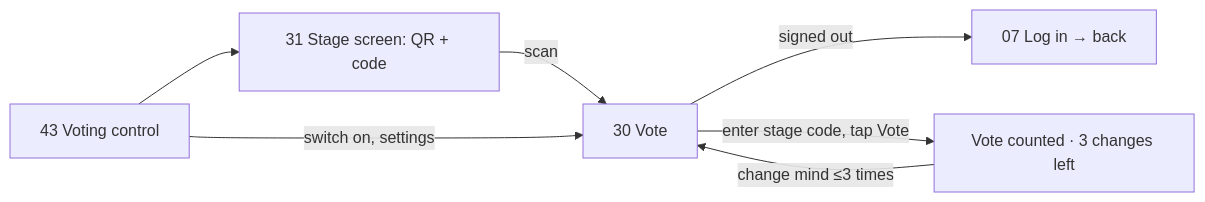
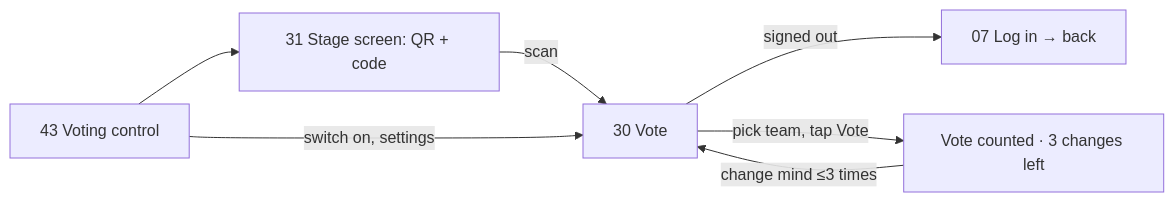
Before and after one commit to vinayakbhat19/signals: the fourth of 8 diagrams in APP_FLOW.md, drawn with Mermaid. The commit also changed other lines of this file and 93 other files, not shown here.

````diff
--- a/APP_FLOW.md
+++ b/APP_FLOW.md
@@ -116,9 +116,9 @@
 ```mermaid
 flowchart LR
   SS[31 Stage screen: QR + code] -->|scan| VO[30 Vote]
   VO -->|signed out| LI[07 Log in → back]
-  VO -->|enter stage code, tap Vote| OK[Vote counted · 3 changes left]
+  VO -->|pick team, tap Vote| OK[Vote counted · 3 changes left]
   OK -->|change mind ≤3 times| VO
   ORG[43 Voting control] -->|switch on, settings| VO
   ORG --> SS
 ```
````
